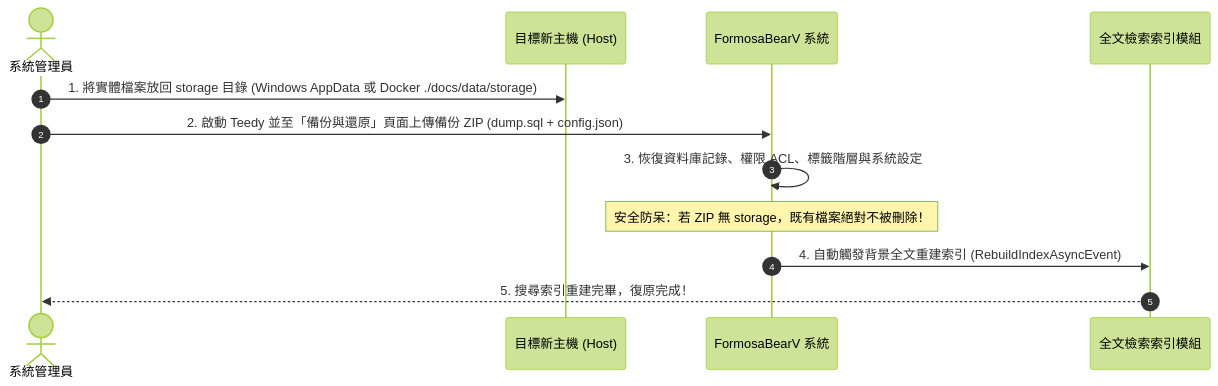
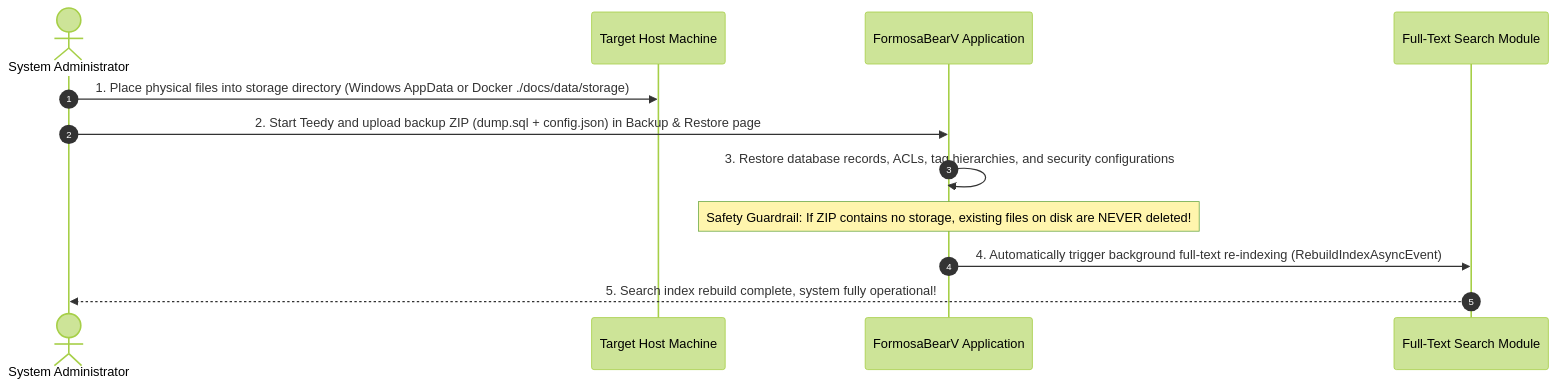
One commit to kafeiou/FormosaBearV-Docs changed the second of 2 diagrams in BACKUP_GUIDE.md. Above: the diagram before and after it, drawn with Mermaid (forest theme). The commit also changed other lines of this file and 47 other files, not shown here.

````diff
--- a/BACKUP_GUIDE.md
+++ b/BACKUP_GUIDE.md
@@ -124,15 +126,15 @@
 ```mermaid
 sequenceDiagram
     autonumber
-    actor Admin as 系統管理員
-    participant Host as 目標新主機 (Host)
-    participant Teedy as FormosaBearV 系統
-    participant Lucene as 全文檢索索引模組
+    actor Admin as System Administrator
+    participant Host as Target Host Machine
+    participant Teedy as FormosaBearV Application
+    participant Lucene as Full-Text Search Module
 
-    Admin->>Host: 1. 將實體檔案放回 storage 目錄 (Windows AppData 或 Docker ./docs/data/storage)
-    Admin->>Teedy: 2. 啟動 Teedy 並至「備份與還原」頁面上傳備份 ZIP (dump.sql + config.json)
-    Teedy->>Teedy: 3. 恢復資料庫記錄、權限 ACL、標籤階層與系統設定
-    Note over Teedy: 安全防呆：若 ZIP 無 storage，既有檔案絕對不被刪除！
-    Teedy->>Lucene: 4. 自動觸發背景全文重建索引 (RebuildIndexAsyncEvent)
-    Lucene-->>Admin: 5. 搜尋索引重建完畢，復原完成！
+    Admin->>Host: 1. Place physical files into storage directory (Windows AppData or Docker ./docs/data/storage)
+    Admin->>Teedy: 2. Start Teedy and upload backup ZIP (dump.sql + config.json) in Backup & Restore page
+    Teedy->>Teedy: 3. Restore database records, ACLs, tag hierarchies, and security configurations
+    Note over Teedy: Safety Guardrail: If ZIP contains no storage, existing files on disk are NEVER deleted!
+    Teedy->>Lucene: 4. Automatically trigger background full-text re-indexing (RebuildIndexAsyncEvent)
+    Lucene-->>Admin: 5. Search index rebuild complete, system fully operational!
 ```
````
